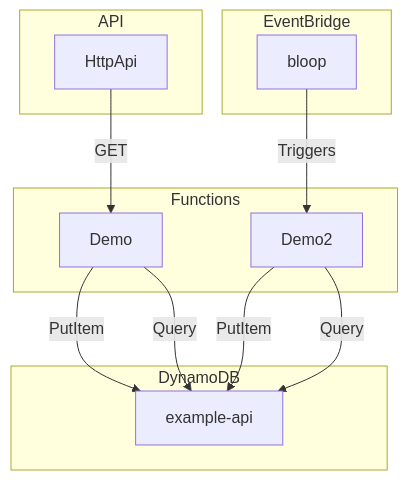
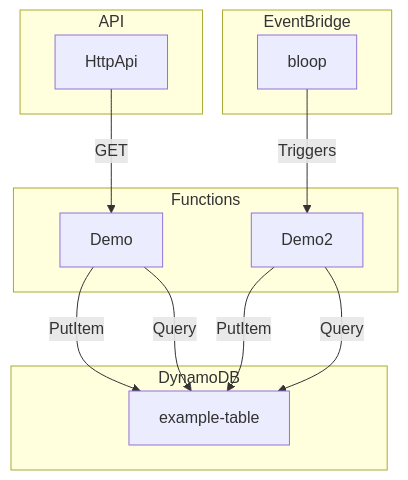
One commit to mikaelvesavuori/samaid changed the diagram in README.md. Above: the diagram before and after it, drawn with Mermaid. The commit also changed 2 other files, not shown here.

Commit message:
chore: update table name

````diff
--- a/README.md
+++ b/README.md
@@ -72,20 +72,20 @@
 ```mermaid
 graph TD
   subgraph API
     HttpApi
   end
   subgraph DynamoDB
-    example-api
+    example-table
   end
   subgraph Functions
-    Demo --> |PutItem| example-api
-    Demo --> |Query| example-api
+    Demo --> |PutItem| example-table
+    Demo --> |Query| example-table
     HttpApi --> |GET| Demo
-    Demo2 --> |PutItem| example-api
-    Demo2 --> |Query| example-api
+    Demo2 --> |PutItem| example-table
+    Demo2 --> |Query| example-table
     Demo2
   end
   subgraph EventBridge
     bloop --> |Triggers| Demo2
   end
 ```
````
